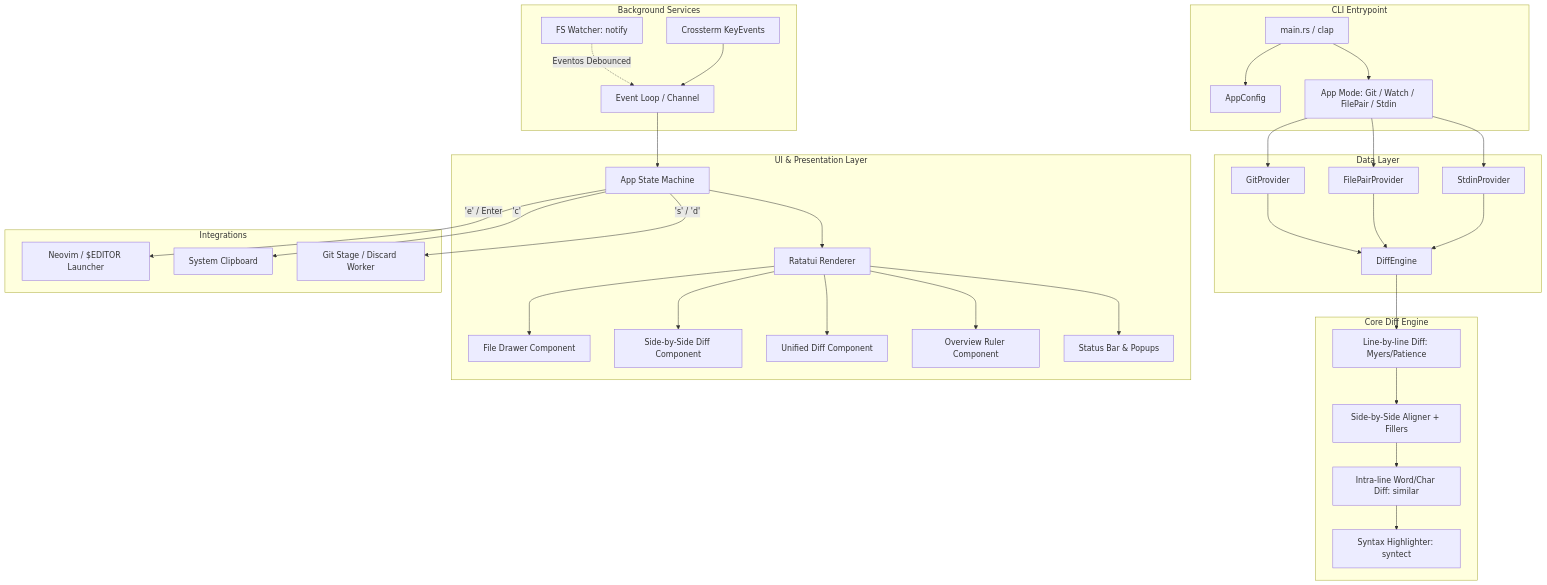
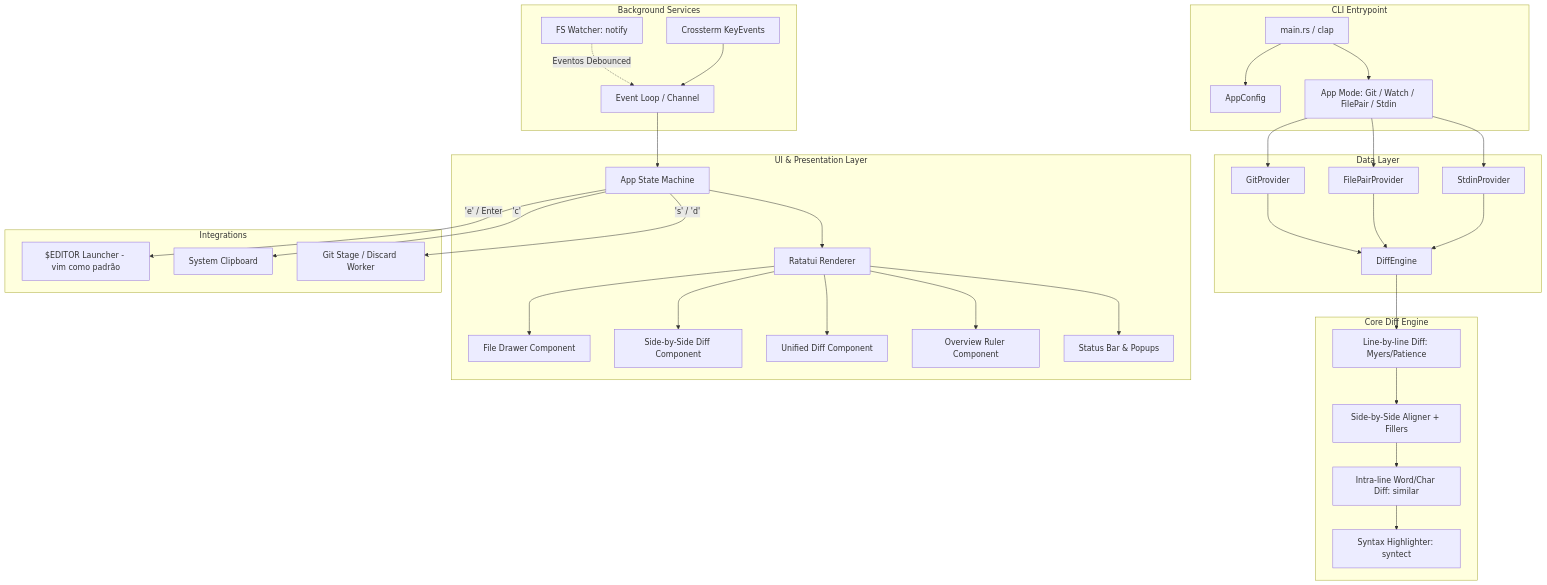
The diagram in docs/architecture.md (felipe-godoi/diffv), drawn with Mermaid before and after one commit. The commit also changed other lines of this file and 5 other files, not shown here.

First line of the commit message:
refactor(editor): use $EDITOR with vim as fallback and drop Neovim-only wording

````diff
--- a/docs/architecture.md
+++ b/docs/architecture.md
@@ -31,44 +31,44 @@
 ```mermaid
 graph TD
     subgraph CLI Entrypoint
         A[main.rs / clap] --> B[AppConfig]
         A --> C[App Mode: Git / Watch / FilePair / Stdin]
     end
 
     subgraph Data Layer
         C --> D[GitProvider]
         C --> E[FilePairProvider]
         C --> F[StdinProvider]
         D --> G[DiffEngine]
         E --> G
         F --> G
     end
 
     subgraph Core Diff Engine
         G --> H[Line-by-line Diff: Myers/Patience]
         H --> I[Side-by-Side Aligner + Fillers]
         I --> J[Intra-line Word/Char Diff: similar]
         J --> K[Syntax Highlighter: syntect]
     end
 
     subgraph Background Services
         L[FS Watcher: notify] -.->|Eventos Debounced| M[Event Loop / Channel]
         N[Crossterm KeyEvents] --> M
     end
 
     subgraph UI & Presentation Layer
         M --> O[App State Machine]
         O --> P[Ratatui Renderer]
         P --> Q[File Drawer Component]
         P --> R[Side-by-Side Diff Component]
         P --> S[Unified Diff Component]
         P --> T[Overview Ruler Component]
         P --> U[Status Bar & Popups]
     end
 
     subgraph Integrations
-        O -->|'e' / Enter| V[Neovim / $EDITOR Launcher]
+        O -->|'e' / Enter| V[$EDITOR Launcher - vim como padrão]
         O -->|'c'| W[System Clipboard]
         O -->|'s' / 'd'| X[Git Stage / Discard Worker]
     end
 ```
````
